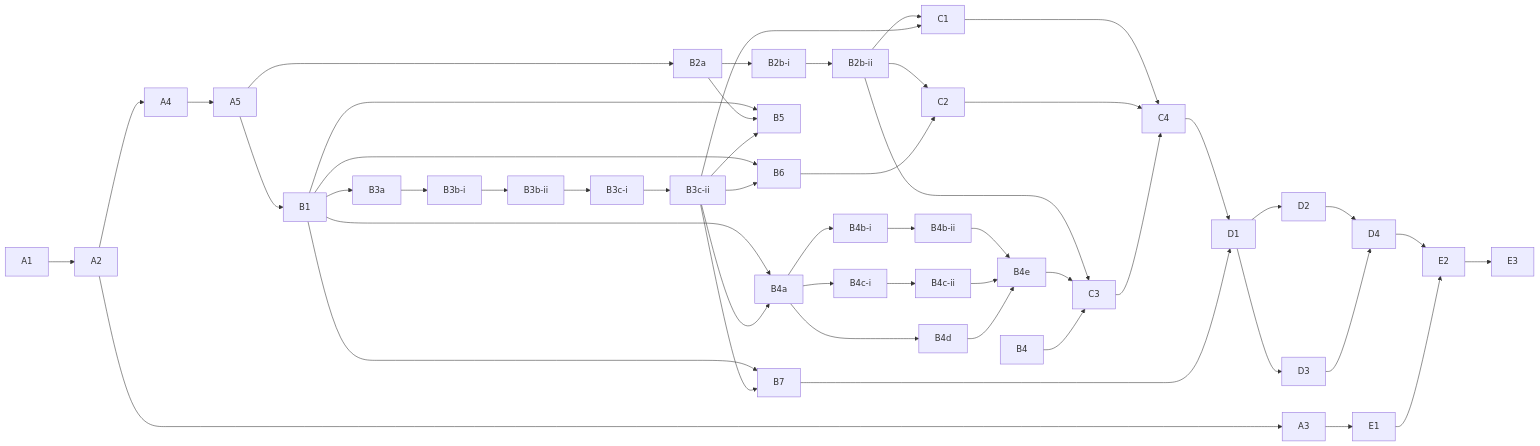
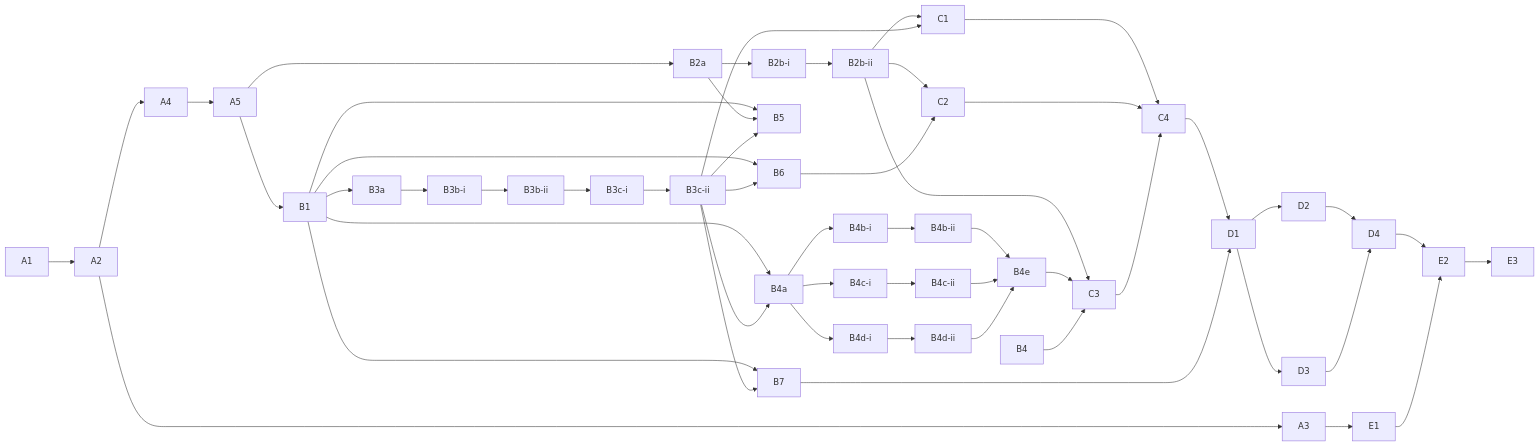
The diagram in tasks/BACKLOG.md (andreavadacchino/cPanel_self-migration), drawn with Mermaid before and after one commit. The commit also changed other lines of this file and 9 other files, not shown here.

````diff
--- a/tasks/BACKLOG.md
+++ b/tasks/BACKLOG.md
@@ -176,43 +208,43 @@
 ```mermaid
 graph LR
   A1-->A2
   A2-->A3
   A2-->A4-->A5
   A5-->B1
   A5-->B2a-->B2b-i-->B2b-ii
   B1-->B3a-->B3b-i-->B3b-ii-->B3c-i-->B3c-ii
   B1-->B4a
   B3c-ii-->B4a
   B4a-->B4b-i-->B4b-ii
   B4a-->B4c-i-->B4c-ii
-  B4a-->B4d
+  B4a-->B4d-i-->B4d-ii
   B4b-ii-->B4e
   B4c-ii-->B4e
-  B4d-->B4e
+  B4d-ii-->B4e
   B1-->B5
   B2a-->B5
   B3c-ii-->B5
   B1-->B6
   B3c-ii-->B6
   B1-->B7
   B3c-ii-->B7
   B2b-ii-->C1
   B3c-ii-->C1
   B2b-ii-->C2
   B6-->C2
   B2b-ii-->C3
   B4e-->C3
   B4-->C3
   C1-->C4
   C2-->C4
   C3-->C4
   C4-->D1
   B7-->D1
   D1-->D2
   D1-->D3
   D2-->D4
   D3-->D4
   A3-->E1
   D4-->E2
   E1-->E2-->E3
 ```
````
